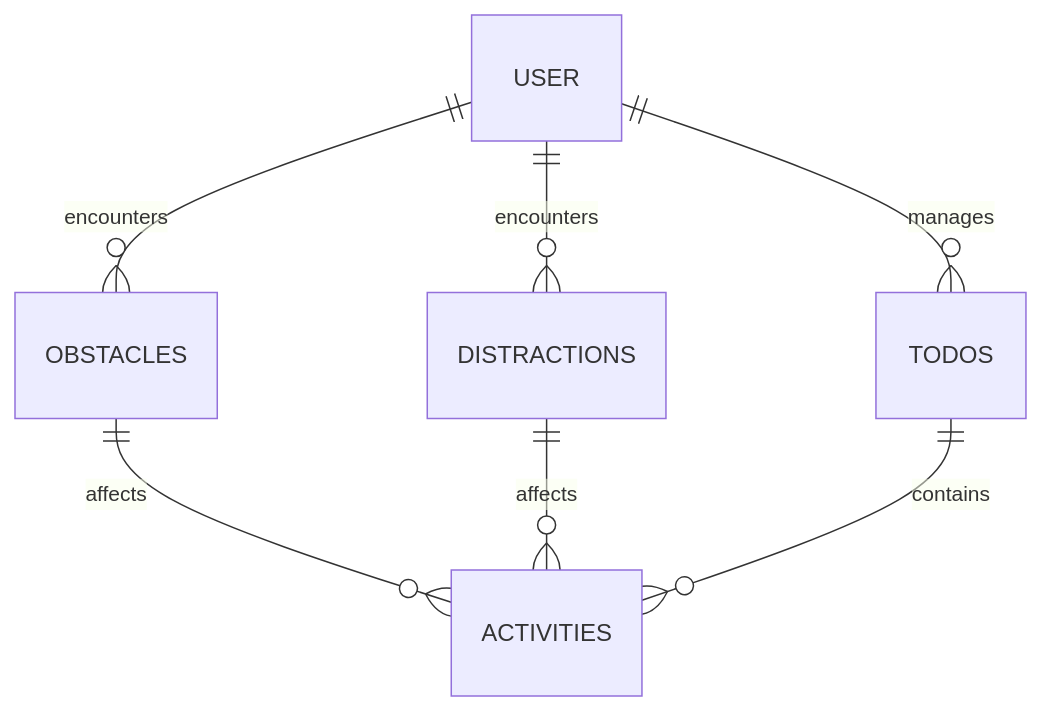
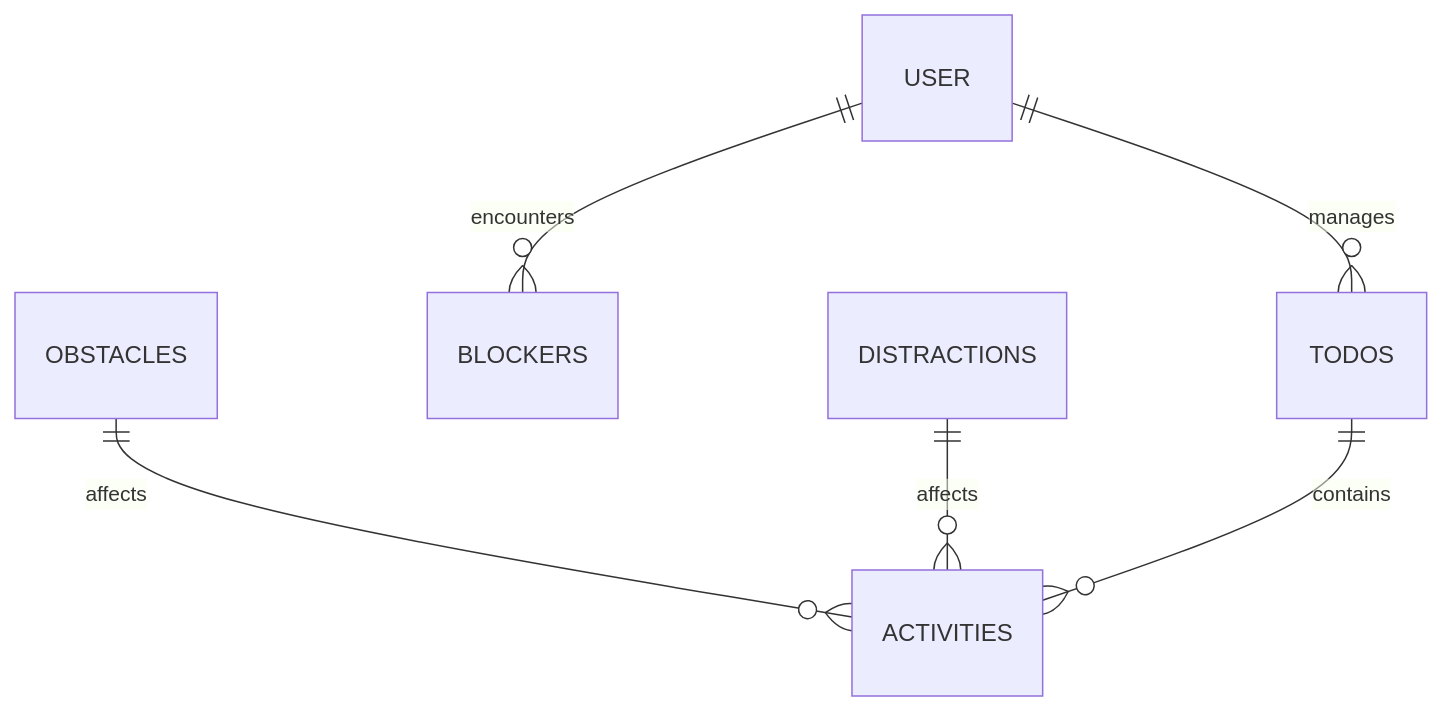
The first of 2 diagrams in README.md (erinhana/scatter), drawn with Mermaid before and after one commit.

````diff
--- a/README.md
+++ b/README.md
@@ -43,11 +43,10 @@
 ```mermaid
 %%{init: {'theme':'default'}}%%
 erDiagram
    
     USER ||--o{ TODOS : manages
-    USER ||--o{ DISTRACTIONS : "encounters"
-    USER ||--o{ OBSTACLES : "encounters"
+    USER ||--o{ BLOCKERS : "encounters"
     OBSTACLES ||--o{ACTIVITIES : "affects"
     DISTRACTIONS ||--o{ACTIVITIES : "affects"
     TODOS ||--o{ACTIVITIES : "contains"
 ```
````
